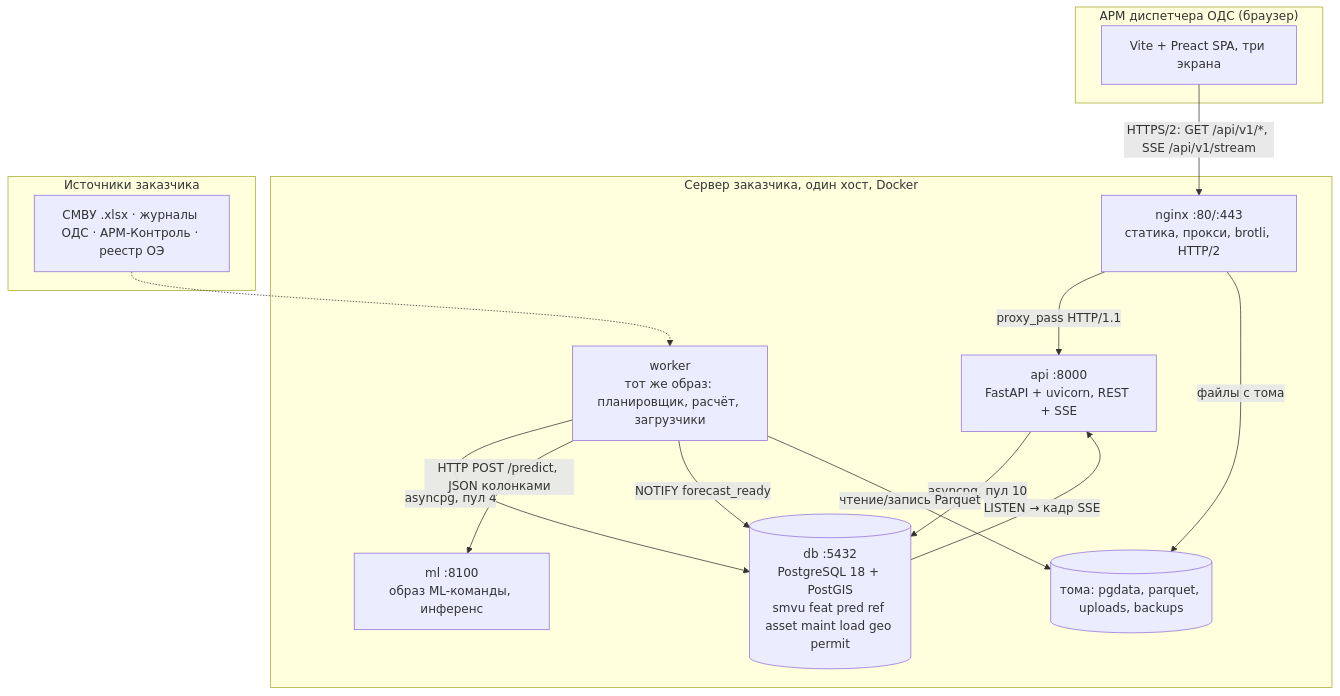
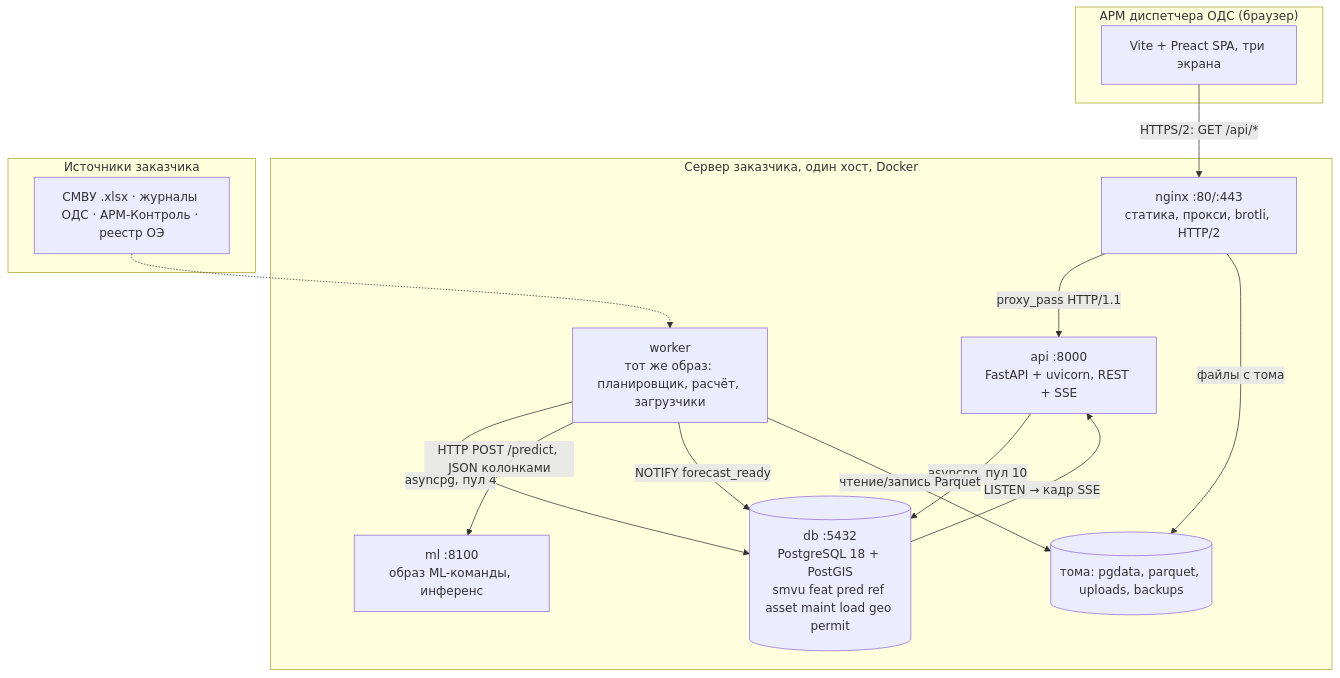
Before and after one commit to miroslavabogatyreva/moskollektor: the diagram in docs/HLD.md, drawn with Mermaid. The commit also changed other lines of this file, not shown here.

````diff
--- a/docs/HLD.md
+++ b/docs/HLD.md
@@ -45,27 +45,27 @@
 ```mermaid
 flowchart TB
     subgraph arm["АРМ диспетчера ОДС (браузер)"]
         SPA["Vite + Preact SPA, три экрана"]
     end
     subgraph host["Сервер заказчика, один хост, Docker"]
         NGINX["nginx :80/:443<br/>статика, прокси, brotli, HTTP/2"]
         API["api :8000<br/>FastAPI + uvicorn, REST + SSE"]
         WRK["worker<br/>тот же образ: планировщик, расчёт, загрузчики"]
         ML["ml :8100<br/>образ ML-команды, инференс"]
         DB[("db :5432<br/>PostgreSQL 18 + PostGIS<br/>smvu feat pred ref asset maint load geo permit")]
         VOL[("тома: pgdata, parquet, uploads, backups")]
     end
     subgraph ext["Источники заказчика"]
         SRC["СМВУ .xlsx · журналы ОДС · АРМ-Контроль · реестр ОЭ"]
     end
-    SPA -- "HTTPS/2: GET /api/v1/*, SSE /api/v1/stream" --> NGINX
+    SPA -- "HTTPS/2: GET /api/*" --> NGINX
     NGINX -- "proxy_pass HTTP/1.1" --> API
     NGINX -- "файлы с тома" --> VOL
     API -- "asyncpg, пул 10" --> DB
     WRK -- "asyncpg, пул 4" --> DB
     WRK -- "HTTP POST /predict, JSON колонками" --> ML
     WRK -- "NOTIFY forecast_ready" --> DB
     DB -- "LISTEN → кадр SSE" --> API
     WRK -- "чтение/запись Parquet" --> VOL
     SRC -.-> WRK
 ```
````
